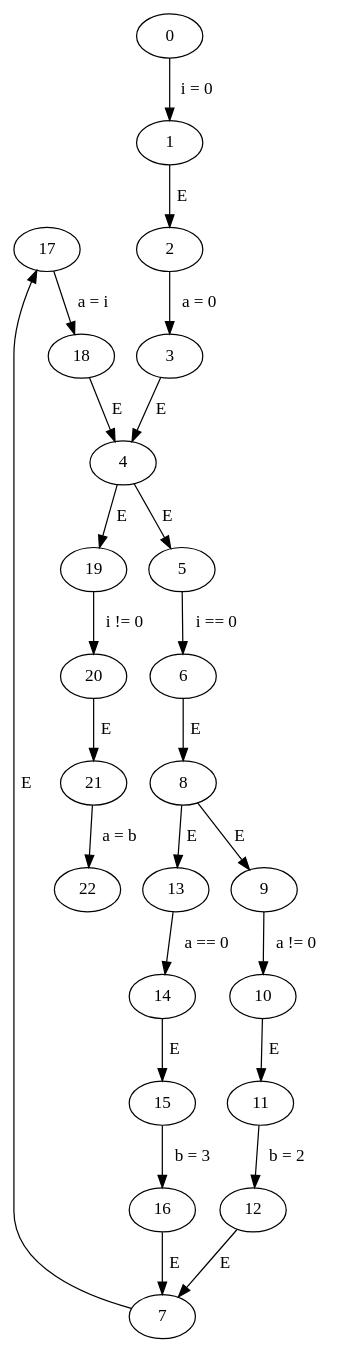
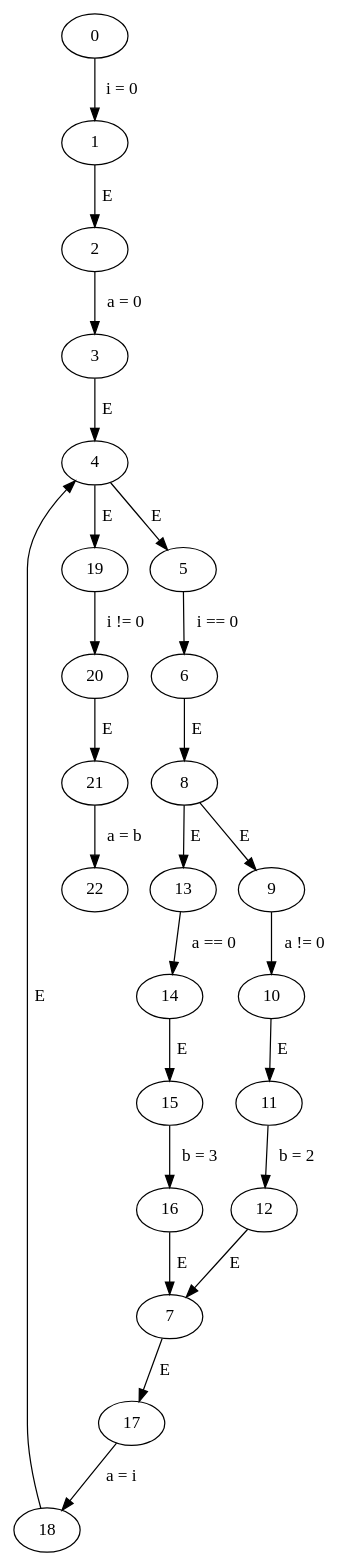
The diagram in code/graphs/while/while.gv (Harman309/project6), drawn with Graphviz before and after one commit. The commit also changed other lines of this file and 8 other files, not shown here.

```diff
--- a/code/graphs/while/while.gv
+++ b/code/graphs/while/while.gv
@@ -1,27 +1,27 @@
 // while
 digraph {
+	19 -> 20 [label=" i != 0 "]
+	16 -> 7 [label=" E "]
+	7 -> 17 [label=" E "]
+	1 -> 2 [label=" E "]
 	17 -> 18 [label=" a = i "]
+	4 -> 5 [label=" E "]
+	5 -> 6 [label=" i == 0 "]
 	21 -> 22 [label=" a = b "]
+	8 -> 13 [label=" E "]
+	6 -> 8 [label=" E "]
+	13 -> 14 [label=" a == 0 "]
+	20 -> 21 [label=" E "]
+	9 -> 10 [label=" a != 0 "]
+	12 -> 7 [label=" E "]
+	4 -> 19 [label=" E "]
+	15 -> 16 [label=" b = 3 "]
+	10 -> 11 [label=" E "]
 	14 -> 15 [label=" E "]
-	6 -> 8 [label=" E "]
-	12 -> 7 [label=" E "]
-	20 -> 21 [label=" E "]
-	5 -> 6 [label=" i == 0 "]
-	10 -> 11 [label=" E "]
+	3 -> 4 [label=" E "]
+	8 -> 9 [label=" E "]
+	18 -> 4 [label=" E "]
+	2 -> 3 [label=" a = 0 "]
 	0 -> 1 [label=" i = 0 "]
-	13 -> 14 [label=" a == 0 "]
-	15 -> 16 [label=" b = 3 "]
-	7 -> 17 [label=" E "]
-	8 -> 9 [label=" E "]
-	8 -> 13 [label=" E "]
-	19 -> 20 [label=" i != 0 "]
-	3 -> 4 [label=" E "]
-	2 -> 3 [label=" a = 0 "]
-	9 -> 10 [label=" a != 0 "]
-	4 -> 5 [label=" E "]
 	11 -> 12 [label=" b = 2 "]
-	18 -> 4 [label=" E "]
-	1 -> 2 [label=" E "]
-	4 -> 19 [label=" E "]
-	16 -> 7 [label=" E "]
 }
```
